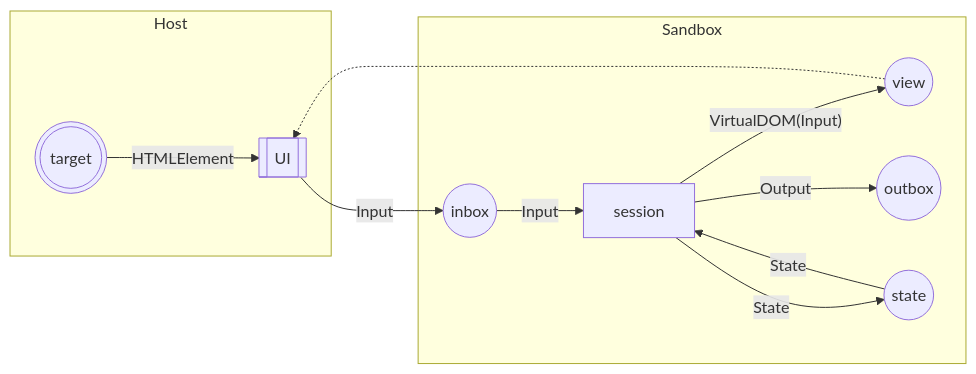
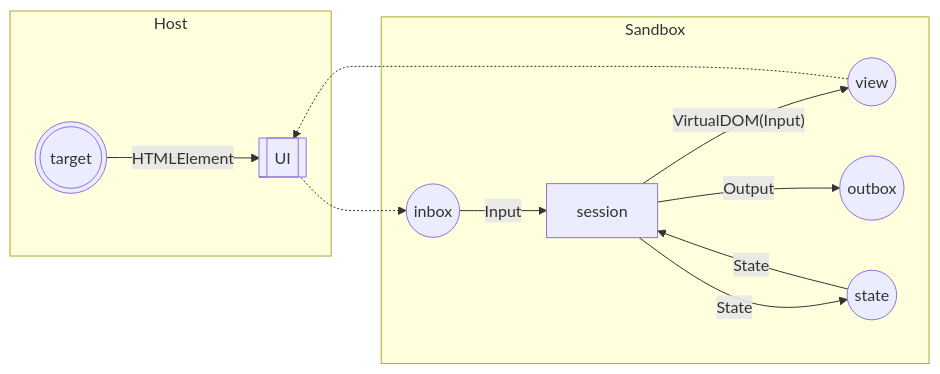
Before and after one commit to Gozala/workspace: the diagram in journals/2024_06_14.md, drawn with Mermaid.

Commit message:
Auto saved by Logseq

````diff
--- a/journals/2024_06_14.md
+++ b/journals/2024_06_14.md
@@ -7,23 +7,23 @@
   ```mermaid
   flowchart LR
   target(((target)))
   view((view))
   inbox((inbox))
   outbox((outbox))
   state((state))
   UI[[UI]]
   app[session]
   
   subgraph Host
   target -- HTMLElement --> UI
   end
   subgraph Sandbox
   view -.-> UI
-  UI -- Input --> inbox 
+  UI -.-> inbox 
   inbox -- Input --> app
   app -- VirtualDOM(Input) --> view
   app -- State --> state
   state -- State --> app
   app -- Output --> outbox
   end
   ```
````
